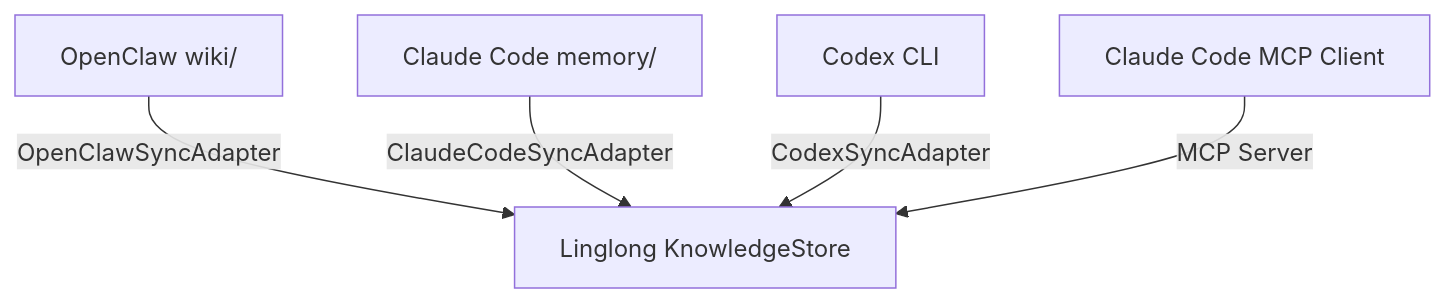
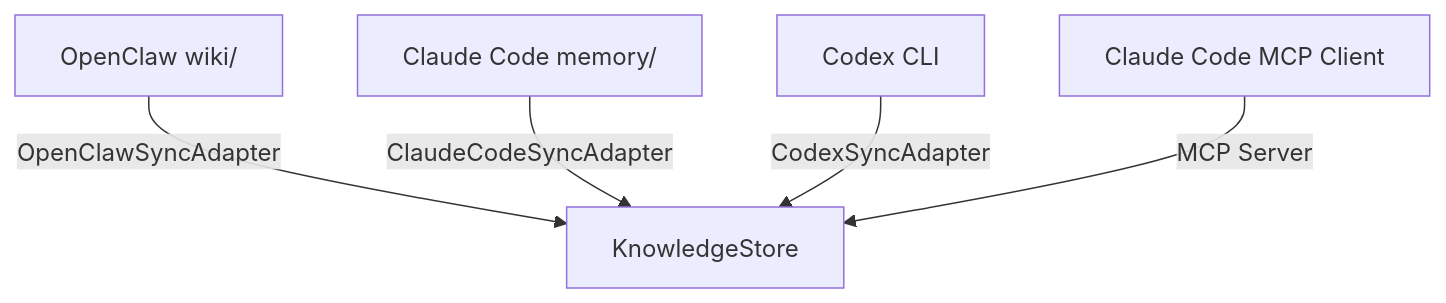
Before and after one commit to xinovate/linglong-knowledge: the first of 2 diagrams in docs/architecture.md, drawn with Mermaid. The commit also changed other lines of this file and 76 other files, not shown here.

````diff
--- a/docs/architecture.md
+++ b/docs/architecture.md
@@ -288,7 +101,7 @@
 ```mermaid
 graph TD
-    A[OpenClaw wiki/] -->|OpenClawSyncAdapter| D[Linglong KnowledgeStore]
+    A[OpenClaw wiki/] -->|OpenClawSyncAdapter| D[KnowledgeStore]
     B[Claude Code memory/] -->|ClaudeCodeSyncAdapter| D
     C[Codex CLI] -->|CodexSyncAdapter| D
     E[Claude Code MCP Client] -->|MCP Server| D
 ```
````
